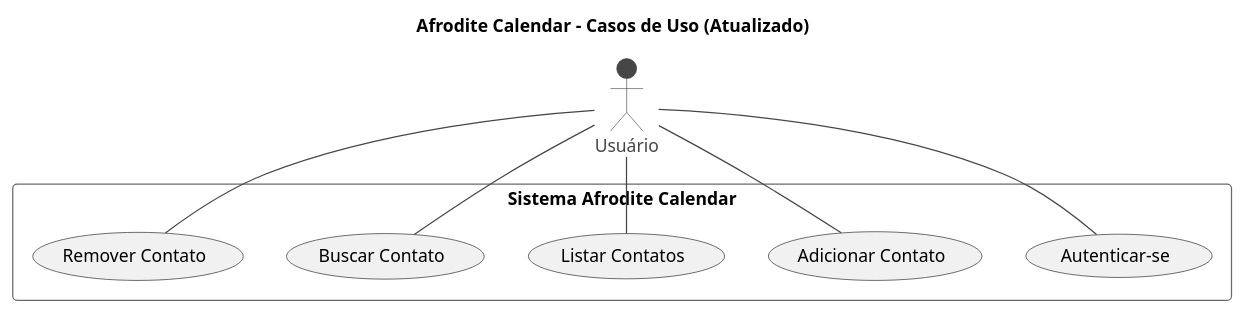
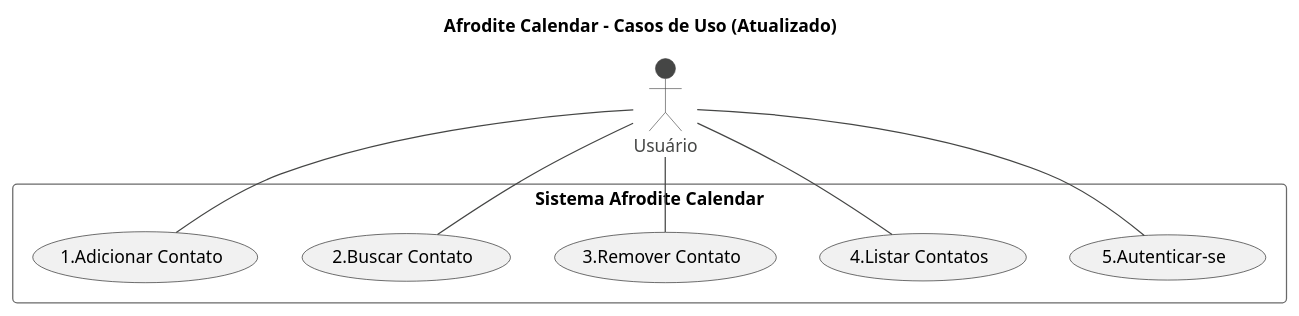
One commit to KalvinAlbuquerque/ES-StudyCase01 changed the diagram in agenda/agenda/diagramas/diagrama_caso_de_uso.puml. Above: the diagram before and after it, drawn with PlantUML.

Commit message:
Corrigindo diagrama de caso de uso

```diff
--- a/agenda/agenda/diagramas/diagrama_caso_de_uso.puml
+++ b/agenda/agenda/diagramas/diagrama_caso_de_uso.puml
@@ -1,26 +1,26 @@
 @startuml diagrama_de_caso_de_uso_atualizado
 ' Thema para um visual mais moderno
 !theme vibrant
 
 title Afrodite Calendar - Casos de Uso (Atualizado)
 
 actor "Usuário" as user
 
 rectangle "Sistema Afrodite Calendar" {
-  usecase "Autenticar-se" as UC_AUTH
-  usecase "Adicionar Contato" as UC_ADD
-  usecase "Listar Contatos" as UC_LIST
-  usecase "Buscar Contato" as UC_SEARCH
-  usecase "Remover Contato" as UC_REMOVE
+  usecase "5.Autenticar-se" as UC_AUTH
+  usecase "4.Listar Contatos" as UC_LIST
+  usecase "3.Remover Contato" as UC_REMOVE
+  usecase "2.Buscar Contato" as UC_SEARCH
+  usecase "1.Adicionar Contato" as UC_ADD
 }
 
 ' Ações diretas do usuário
 user -- UC_AUTH
 user -- UC_ADD
 user -- UC_LIST
 user -- UC_SEARCH
 user -- UC_REMOVE
 
 ' Define que as outras ações dependem da autenticação
 
 @enduml
```
